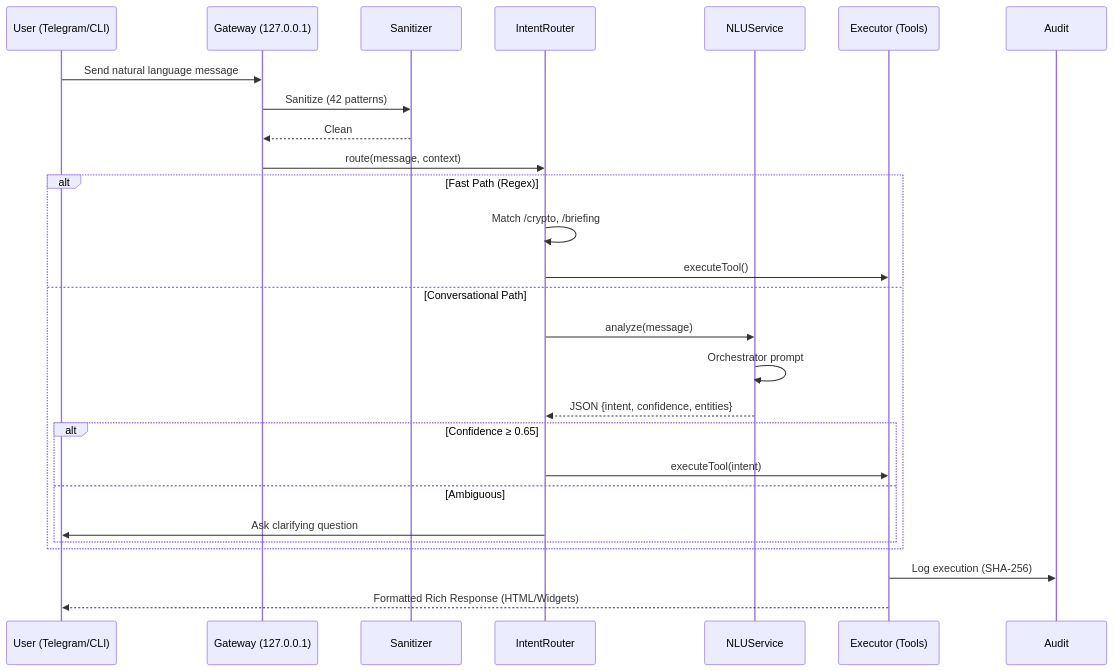
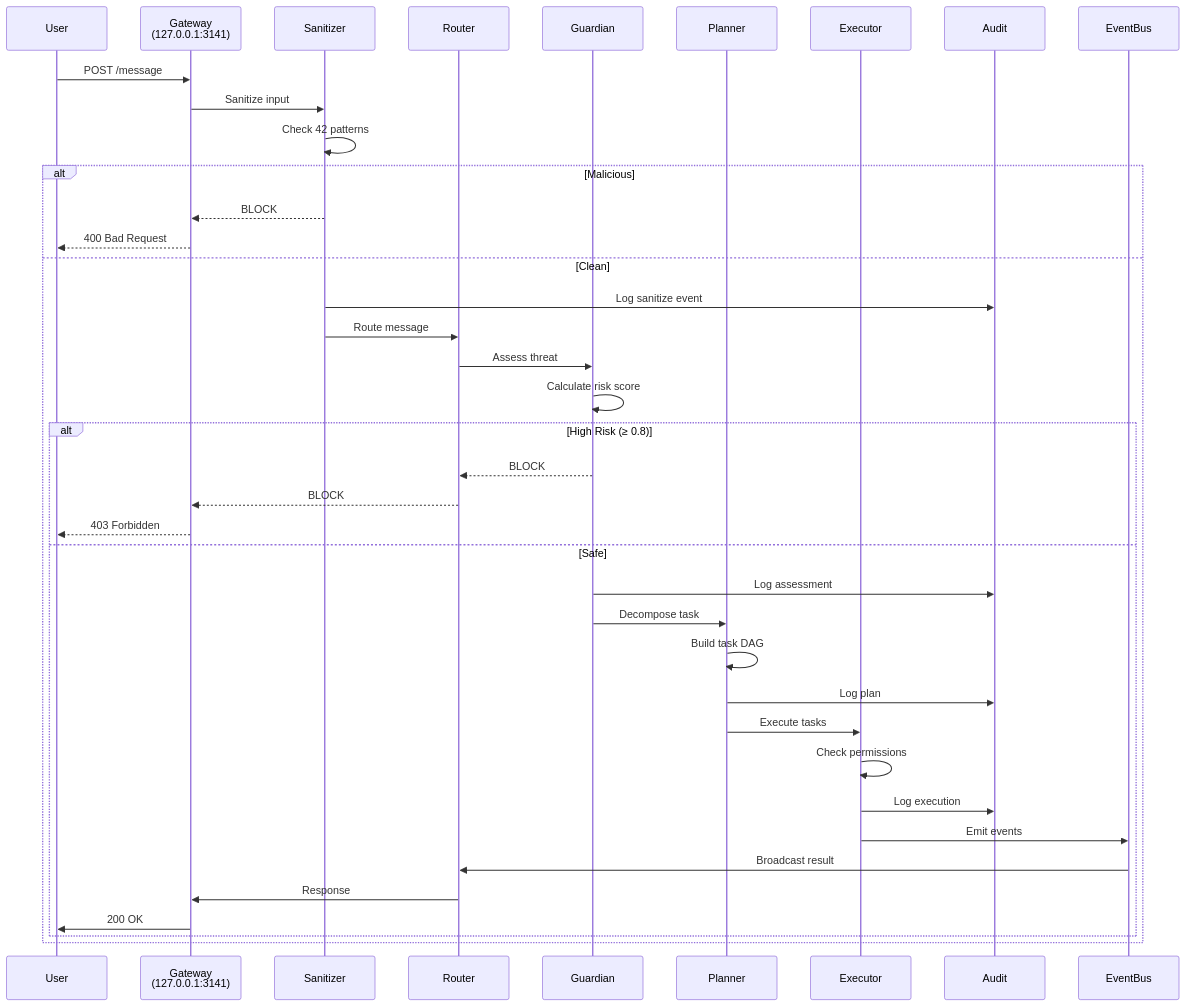
Before and after one commit to Ari-OS/ARI: the third of 3 diagrams in README.md, drawn with Mermaid. The commit also changed other lines of this file and 95 other files, not shown here.

````diff
--- a/README.md
+++ b/README.md
@@ -232,32 +232,42 @@
 ```mermaid
 sequenceDiagram
-    participant U as User (Telegram/CLI)
-    participant G as Gateway (127.0.0.1)
+    participant U as User
+    participant G as Gateway<br/>(127.0.0.1:3141)
     participant S as Sanitizer
-    participant Router as IntentRouter
-    participant NLU as NLUService
-    participant Exec as Executor (Tools)
+    participant R as Router
+    participant Guard as Guardian
+    participant Plan as Planner
+    participant Exec as Executor
     participant A as Audit
+    participant EB as EventBus
 
-    U->>G: Send natural language message
-    G->>S: Sanitize (42 patterns)
-    S-->>G: Clean
-    G->>Router: route(message, context)
-    
-    alt Fast Path (Regex)
-        Router->>Router: Match /crypto, /briefing
-        Router->>Exec: executeTool()
-    else Conversational Path
-        Router->>NLU: analyze(message)
-        NLU->>NLU: Orchestrator prompt
-        NLU-->>Router: JSON {intent, confidence, entities}
-        alt Confidence ≥ 0.65
-            Router->>Exec: executeTool(intent)
-        else Ambiguous
-            Router->>U: Ask clarifying question
+    U->>G: POST /message
+    G->>S: Sanitize input
+    S->>S: Check 42 patterns
+    alt Malicious
+        S-->>G: BLOCK
+        G-->>U: 400 Bad Request
+    else Clean
+        S->>A: Log sanitize event
+        S->>R: Route message
+        R->>Guard: Assess threat
+        Guard->>Guard: Calculate risk score
+        alt High Risk (≥ 0.8)
+            Guard-->>R: BLOCK
+            R-->>G: BLOCK
+            G-->>U: 403 Forbidden
+        else Safe
+            Guard->>A: Log assessment
+            Guard->>Plan: Decompose task
+            Plan->>Plan: Build task DAG
+            Plan->>A: Log plan
+            Plan->>Exec: Execute tasks
+            Exec->>Exec: Check permissions
+            Exec->>A: Log execution
+            Exec->>EB: Emit events
+            EB->>R: Broadcast result
+            R->>G: Response
+            G->>U: 200 OK
         end
     end
-    
-    Exec->>A: Log execution (SHA-256)
-    Exec-->>U: Formatted Rich Response (HTML/Widgets)
 ```
````
